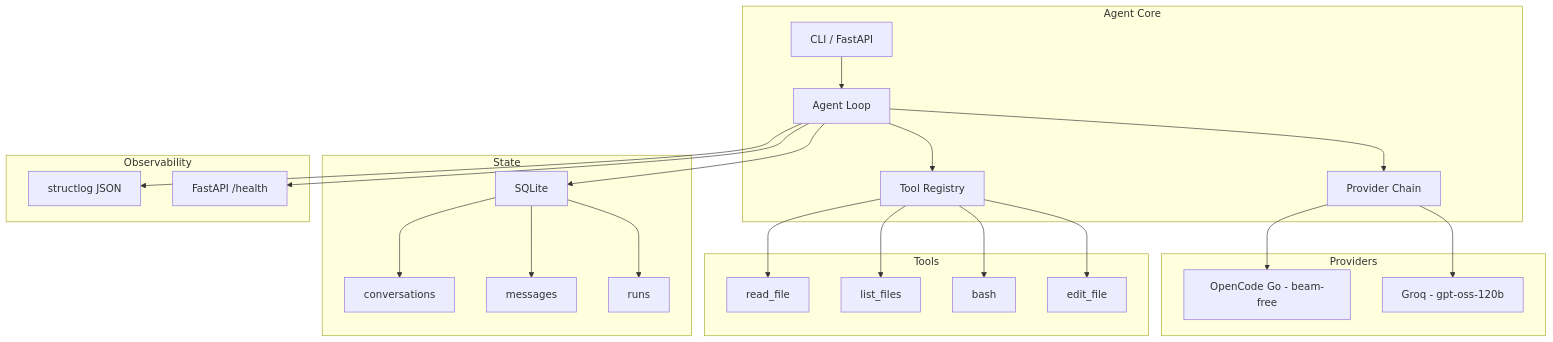
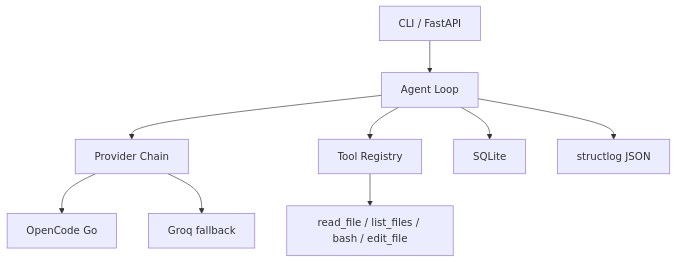
One commit to benzac708/pyagent changed the diagram in README.md. Above: the diagram before and after it, drawn with Mermaid. The commit also changed other lines of this file, not shown here.

````diff
--- a/README.md
+++ b/README.md
@@ -7,32 +9,11 @@
 ```mermaid
 graph TB
-    subgraph "Agent Core"
-        A[CLI / FastAPI] --> B[Agent Loop]
-        B --> C[Provider Chain]
-        B --> D[Tool Registry]
-    end
-
-    subgraph "Providers"
-        C --> E[OpenCode Go - beam-free]
-        C --> F[Groq - gpt-oss-120b]
-    end
-
-    subgraph "Tools"
-        D --> G[read_file]
-        D --> H[list_files]
-        D --> I[bash]
-        D --> J[edit_file]
-    end
-
-    subgraph "State"
-        B --> K[SQLite]
-        K --> L[conversations]
-        K --> M[messages]
-        K --> N[runs]
-    end
-
-    subgraph "Observability"
-        B --> O[structlog JSON]
-        B --> P[FastAPI /health]
-    end
+    A[CLI / FastAPI] --> B[Agent Loop]
+    B --> C[Provider Chain]
+    B --> D[Tool Registry]
+    C --> E[OpenCode Go]
+    C --> F[Groq fallback]
+    D --> G[read_file / list_files / bash / edit_file]
+    B --> H[SQLite]
+    B --> I[structlog JSON]
 ```
````
